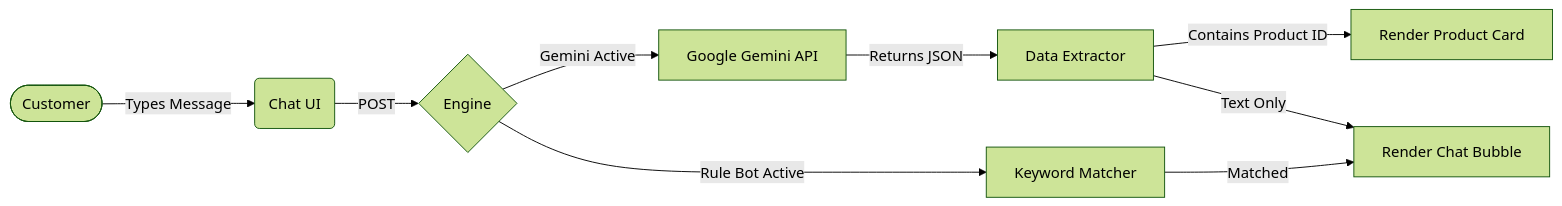
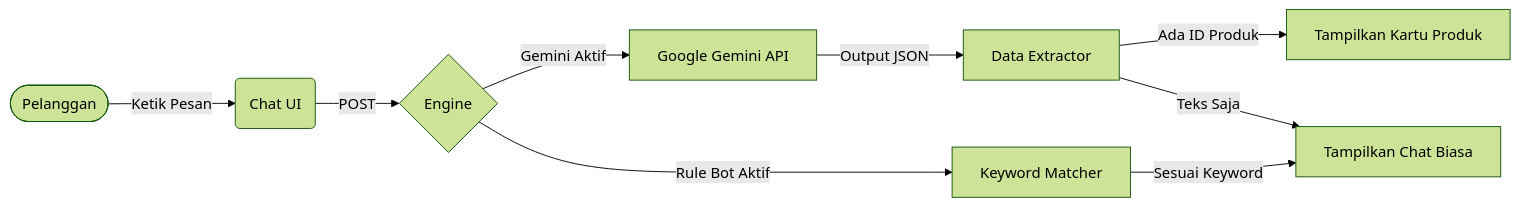
The diagram in README.md (EvilAekt/HighFive), drawn with Mermaid (forest theme) before and after one commit. The commit also changed other lines of this file, not shown here.

````diff
--- a/README.md
+++ b/README.md
@@ -43,13 +43,13 @@
 ```mermaid
 graph LR
-    User([Customer]) -->|Types Message| Frontend(Chat UI)
+    User([Pelanggan]) -->|Ketik Pesan| Frontend(Chat UI)
     Frontend -->|POST| Backend{Engine}
     
-    Backend -->|Gemini Active| AI[Google Gemini API]
-    AI -->|Returns JSON| Parser[Data Extractor]
-    Parser -->|Contains Product ID| UI1[Render Product Card]
-    Parser -->|Text Only| UI2[Render Chat Bubble]
+    Backend -->|Gemini Aktif| AI[Google Gemini API]
+    AI -->|Output JSON| Parser[Data Extractor]
+    Parser -->|Ada ID Produk| UI1[Tampilkan Kartu Produk]
+    Parser -->|Teks Saja| UI2[Tampilkan Chat Biasa]
     
-    Backend -->|Rule Bot Active| Rules[Keyword Matcher]
-    Rules -->|Matched| UI2
+    Backend -->|Rule Bot Aktif| Rules[Keyword Matcher]
+    Rules -->|Sesuai Keyword| UI2
 ```
````
